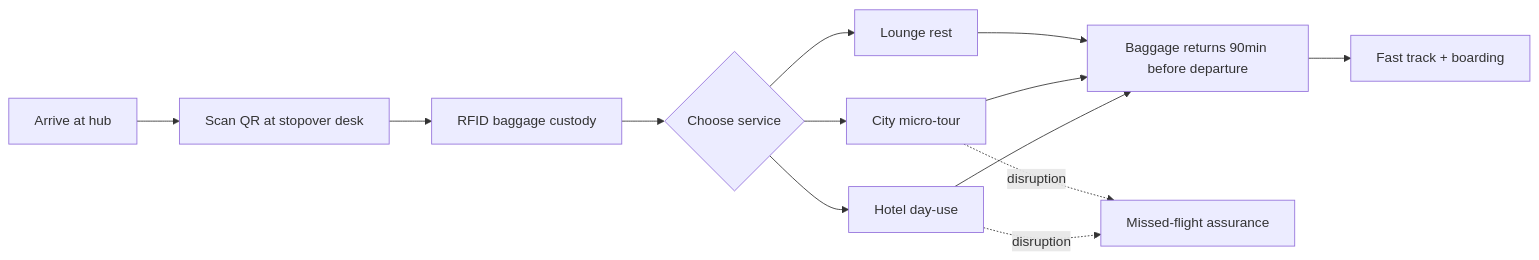
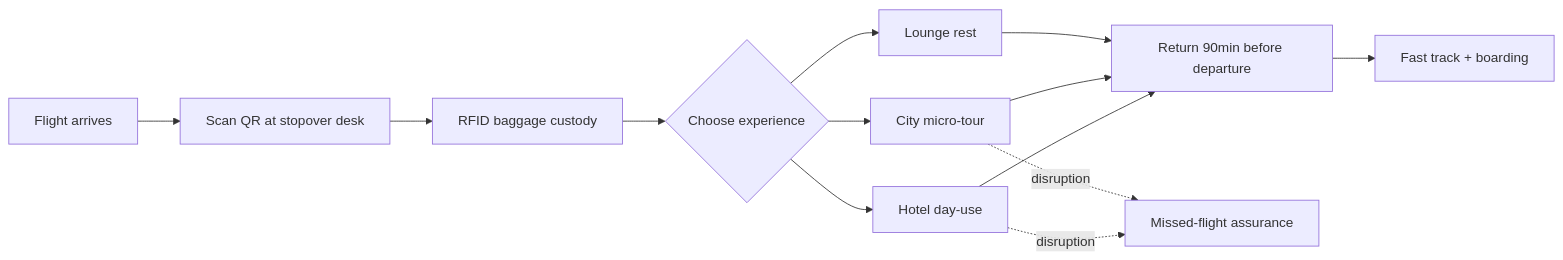
Before and after one commit to PolarTechJordan/stopover: the second of 2 diagrams in README.md, drawn with Mermaid. The commit also changed other lines of this file and 3 other files, not shown here.

````diff
--- a/README.md
+++ b/README.md
@@ -303,15 +134,15 @@
 ```mermaid
 flowchart LR
-  A["Arrive at hub"] --> B["Scan QR at stopover desk"]
+  A["Flight arrives"] --> B["Scan QR at stopover desk"]
   B --> C["RFID baggage custody"]
-  C --> D{"Choose service"}
+  C --> D{"Choose experience"}
   D --> E["Lounge rest"]
   D --> F["City micro-tour"]
   D --> G["Hotel day-use"]
-  E --> H["Baggage returns 90min before departure"]
+  E --> H["Return 90min before departure"]
   F --> H
   G --> H
   H --> I["Fast track + boarding"]
   F -.disruption.-> J["Missed-flight assurance"]
   G -.disruption.-> J
 ```
````
